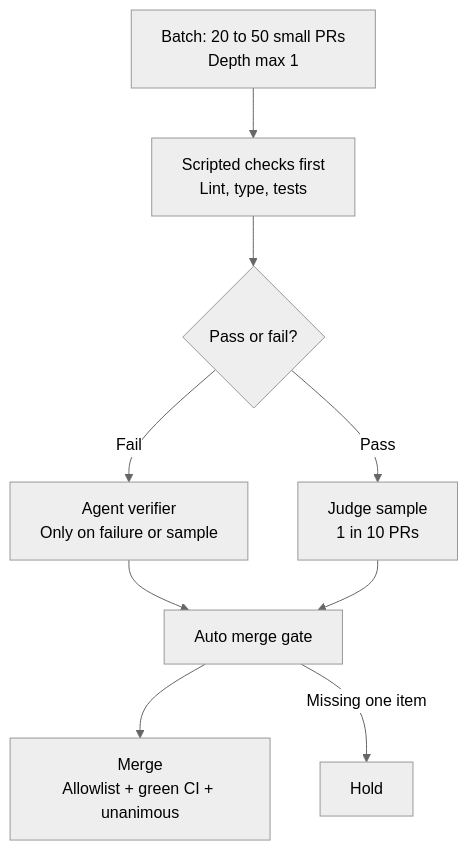
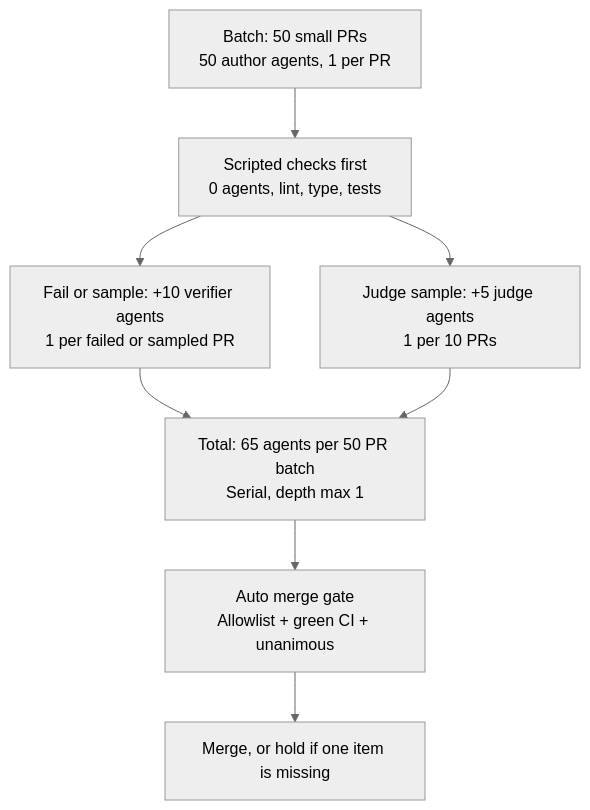
Before and after one commit to richardsondx/handover: the third of 5 diagrams in README.md, drawn with Mermaid (neutral theme). The commit also changed other lines of this file and 1 other file, not shown here.

Commit message:
docs(fleet): rework Fleet figure around agent count

````diff
--- a/README.md
+++ b/README.md
@@ -129,11 +131,10 @@
 ```mermaid
 flowchart TB
-    A[Batch: 20 to 50 small PRs<br>Depth max 1] --> B[Scripted checks first<br>Lint, type, tests]
-    B --> C{Pass or fail?}
-    C -- Fail --> D[Agent verifier<br>Only on failure or sample]
-    C -- Pass --> E[Judge sample<br>1 in 10 PRs]
-    D --> F[Auto merge gate]
-    E --> F
-    F --> G[Merge<br>Allowlist + green CI + unanimous]
-    F -- Missing one item --> H[Hold]
+    A[Batch: 50 small PRs<br>50 author agents, 1 per PR] --> B[Scripted checks first<br>0 agents, lint, type, tests]
+    B --> C[Fail or sample: +10 verifier agents<br>1 per failed or sampled PR]
+    B --> D[Judge sample: +5 judge agents<br>1 per 10 PRs]
+    C --> E[Total: 65 agents per 50 PR batch<br>Serial, depth max 1]
+    D --> E
+    E --> F[Auto merge gate<br>Allowlist + green CI + unanimous]
+    F --> G[Merge, or hold if one item is missing]
 ```
````
